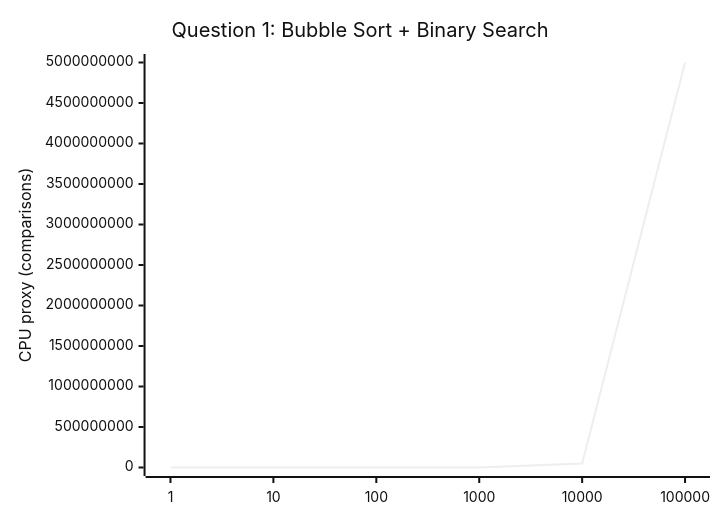
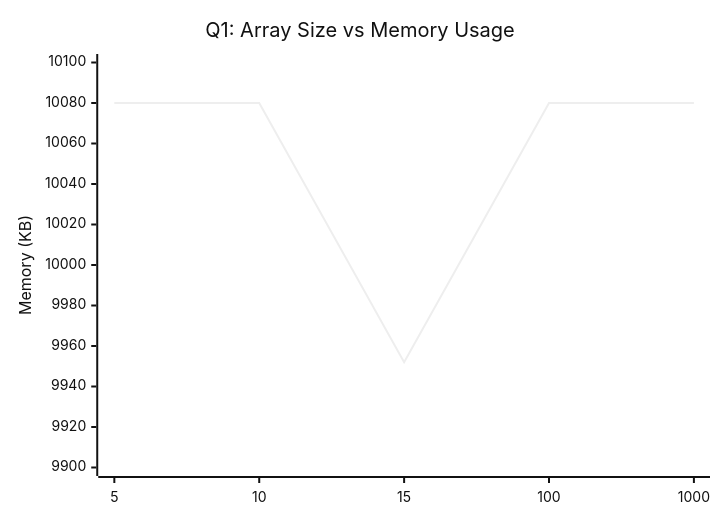
The second of 7 diagrams in BinarySearch(Sorting)/README.md (Vortex-16/DAA), drawn with Mermaid (neutral theme) before and after one commit. The commit also changed other lines of this file and 2 other files, not shown here.

````diff
--- a/BinarySearch(Sorting)/README.md
+++ b/BinarySearch(Sorting)/README.md
@@ -85,7 +148,7 @@
 ```mermaid
 xychart-beta
-    title "Question 1: Bubble Sort + Binary Search"
-    x-axis ["1", "10", "100", "1000", "10000", "100000"]
-    y-axis "CPU proxy (comparisons)" 0 --> 5000000000
-    line [1, 49, 4957, 499510, 49995014, 4999950017]
+    title "Q1: Array Size vs Memory Usage"
+    x-axis ["5", "10", "15", "100", "1000"]
+    y-axis "Memory (KB)" 9900 --> 10100
+    line [10080, 10080, 9952, 10080, 10080]
 ```
````
